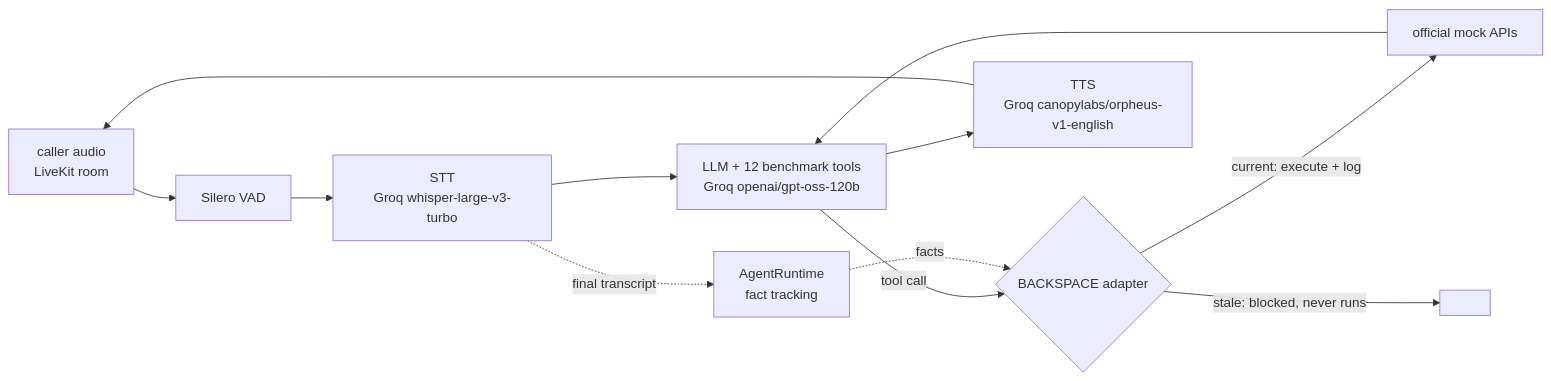
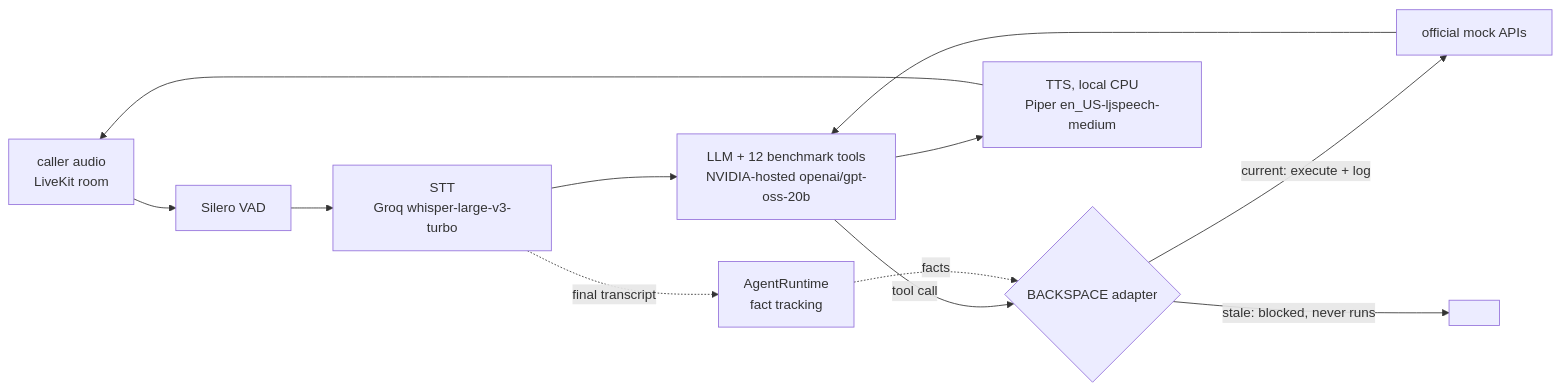
Before and after one commit to joannamariyajames/interjectsamsung: the first of 2 diagrams in README.md, drawn with Mermaid. The commit also changed other lines of this file and 11 other files, not shown here.

````diff
--- a/README.md
+++ b/README.md
@@ -214,14 +214,14 @@
 ```mermaid
 flowchart LR
     U[caller audio<br/>LiveKit room] --> V[Silero VAD]
     V --> S[STT<br/>Groq whisper-large-v3-turbo]
-    S --> L[LLM + 12 benchmark tools<br/>Groq openai/gpt-oss-120b]
+    S --> L[LLM + 12 benchmark tools<br/>NVIDIA-hosted openai/gpt-oss-20b]
     L -->|tool call| B{BACKSPACE adapter}
     B -->|current: execute + log| M[official mock APIs]
     B -->|stale: blocked, never runs| X[ ]
     M --> L
-    L --> T[TTS<br/>Groq canopylabs/orpheus-v1-english]
+    L --> T[TTS, local CPU<br/>Piper en_US-ljspeech-medium]
     T --> U
     S -. final transcript .-> R[AgentRuntime<br/>fact tracking]
     R -. facts .-> B
 ```
````
